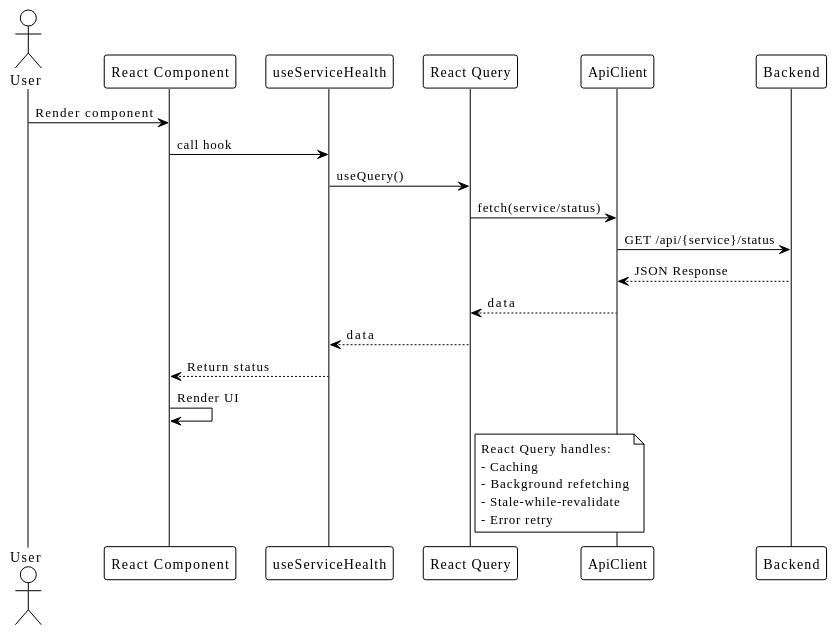
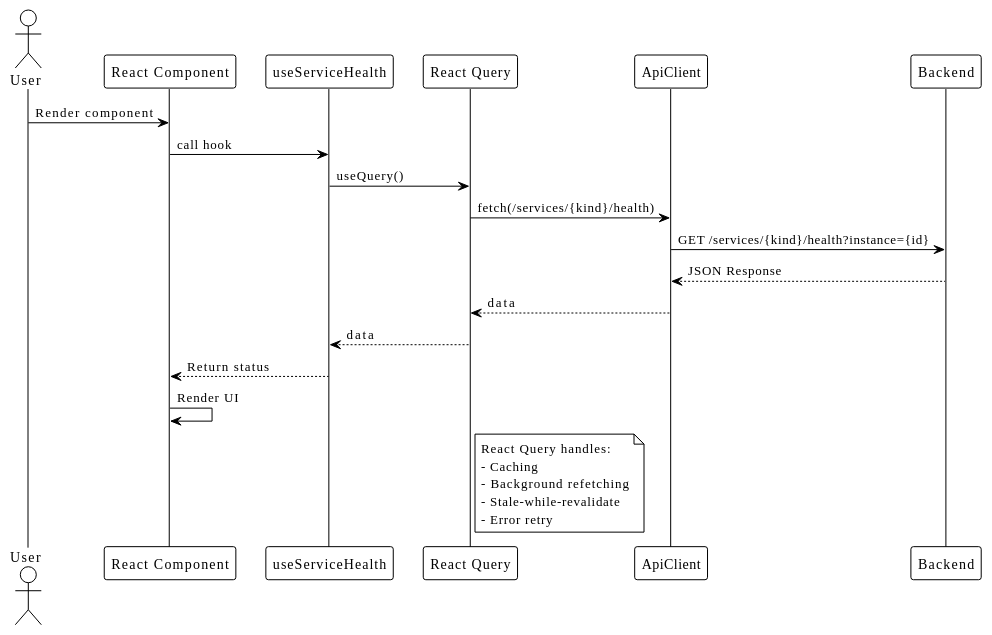
One commit to EraPartner/Watchman changed the second of 3 diagrams in docs/architecture/frontend-architecture.md. Above: the diagram before and after it, drawn with PlantUML. The commit also changed other lines of this file and 32 other files, not shown here.

````diff
--- a/docs/architecture/frontend-architecture.md
+++ b/docs/architecture/frontend-architecture.md
@@ -301,31 +305,31 @@
 ```plantuml
 @startuml
 !theme plain
 
 actor "User" as User
 participant "React Component" as Comp
 participant "useServiceHealth" as Hook
 participant "React Query" as Query
 participant "ApiClient" as API
 participant "Backend" as BE
 
 User -> Comp : Render component
 Comp -> Hook : call hook
 Hook -> Query : useQuery()
-Query -> API : fetch(service/status)
-API -> BE : GET /api/{service}/status
+Query -> API : fetch(/services/{kind}/health)
+API -> BE : GET /services/{kind}/health?instance={id}
 BE --> API : JSON Response
 API --> Query : data
 Query --> Hook : data
 Hook --> Comp : Return status
 Comp -> Comp : Render UI
 
 note right of Query
   React Query handles:
   - Caching
   - Background refetching
   - Stale-while-revalidate
   - Error retry
 end note
 @enduml
 ```
````
